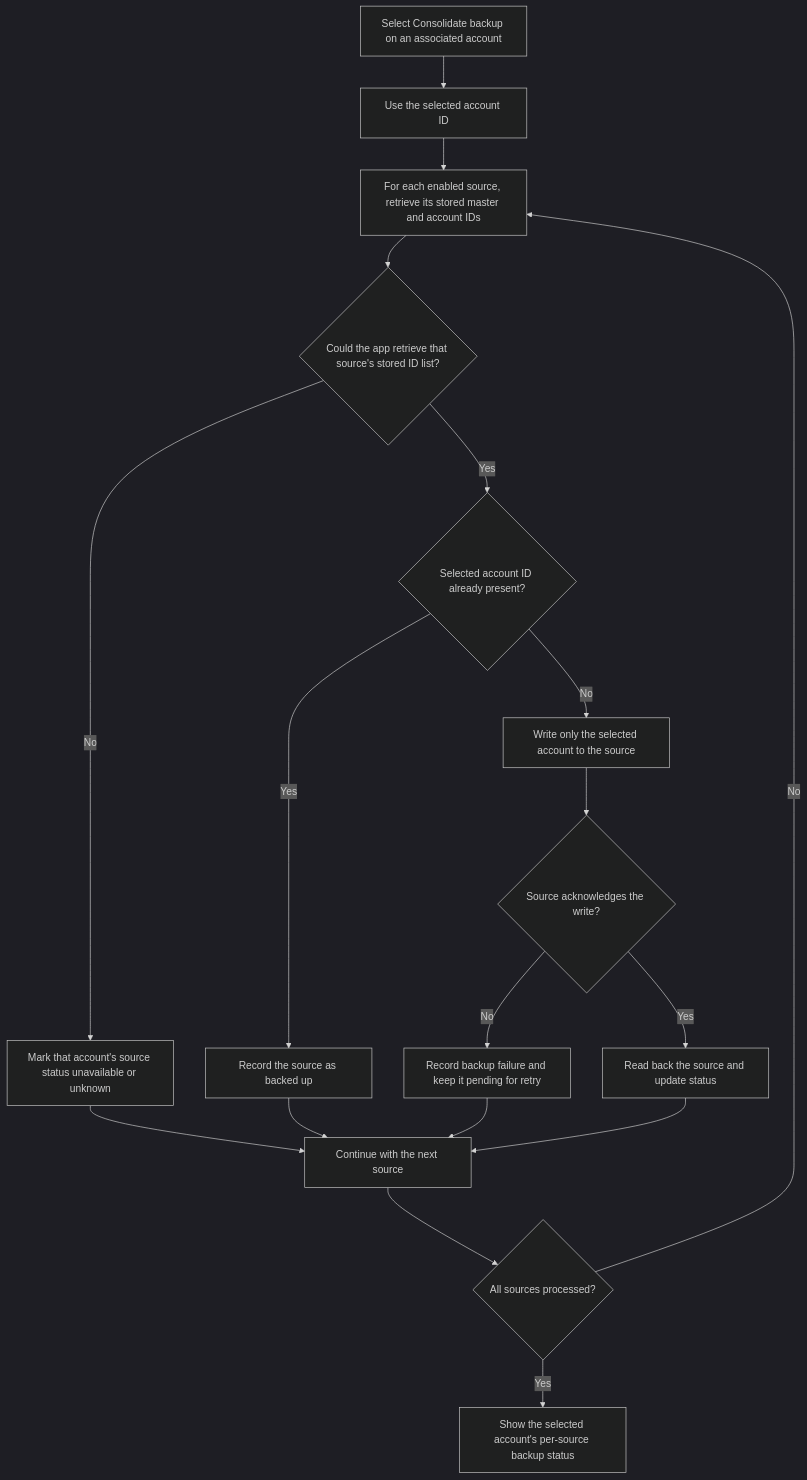
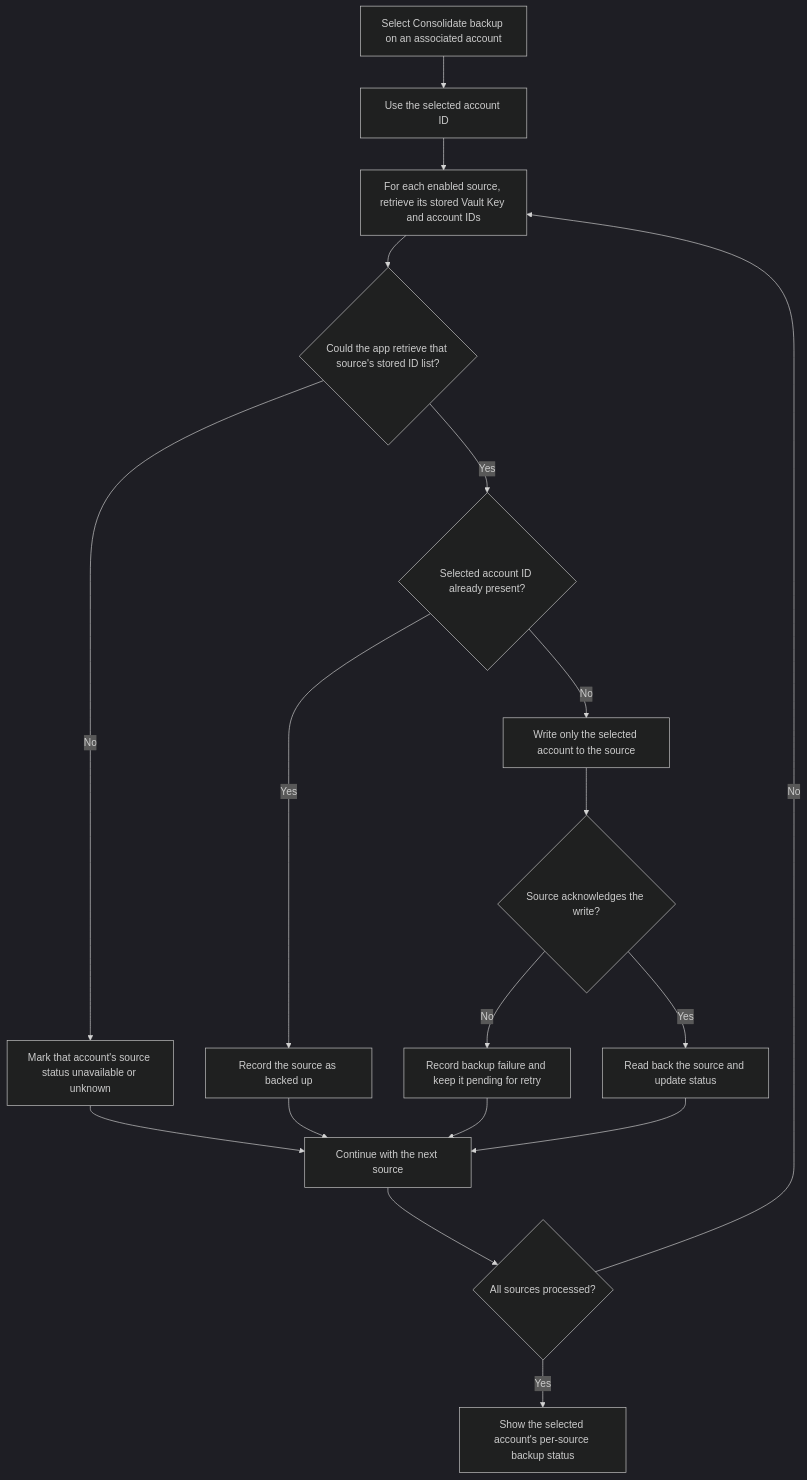
The fifth of 6 diagrams in docs/stakeholder/flowcharts.md (ZenTenApp/vault-kotlin), drawn with Mermaid (dark theme) before and after one commit. The commit also changed other lines of this file and 74 other files, not shown here.

Commit message:
refactor(vault-key): replace master terminology

````diff
--- a/docs/stakeholder/flowcharts.md
+++ b/docs/stakeholder/flowcharts.md
@@ -162,20 +162,20 @@
 ```mermaid
 flowchart TD
     Trigger["Select Consolidate backup on an associated account"] --> Select["Use the selected account ID"]
-    Select --> Index["For each enabled source, retrieve its stored master and account IDs"]
+    Select --> Index["For each enabled source, retrieve its stored Vault Key and account IDs"]
     Index --> IndexOK{"Could the app retrieve that source's stored ID list?"}
     IndexOK -->|No| Unknown["Mark that account's source status unavailable or unknown"]
     IndexOK -->|Yes| Present{"Selected account ID already present?"}
     Present -->|Yes| BackedUp["Record the source as backed up"]
     Present -->|No| Write["Write only the selected account to the source"]
     Write --> WriteOK{"Source acknowledges the write?"}
     WriteOK -->|No| Failed["Record backup failure and keep it pending for retry"]
     WriteOK -->|Yes| ReadBack["Read back the source and update status"]
     Unknown --> Next["Continue with the next source"]
     BackedUp --> Next
     Failed --> Next
     ReadBack --> Next
     Next --> Complete{"All sources processed?"}
     Complete -->|No| Index
     Complete -->|Yes| Result["Show the selected account's per-source backup status"]
 ```
````
